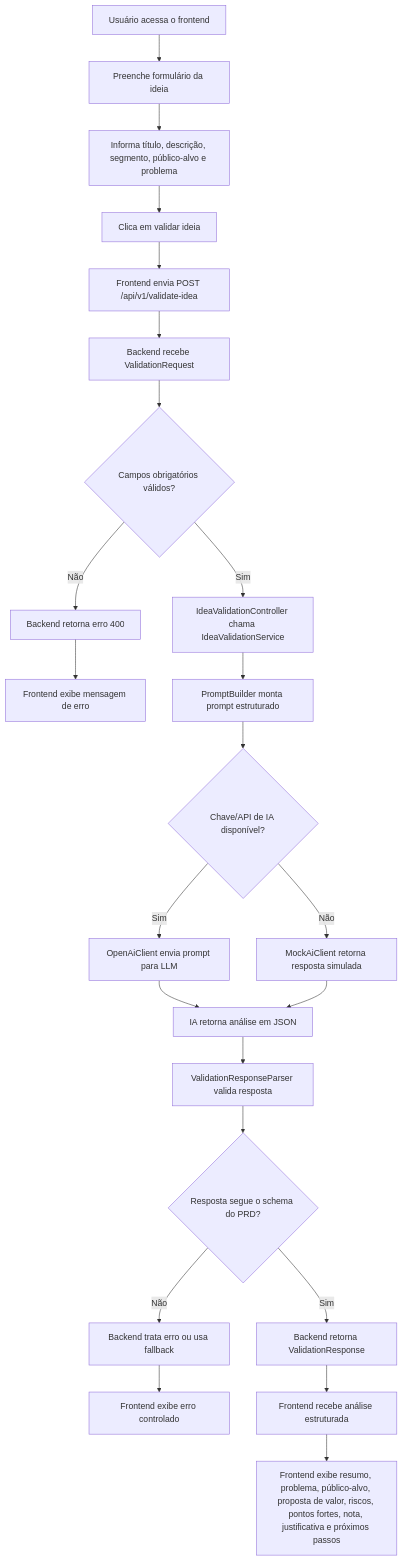
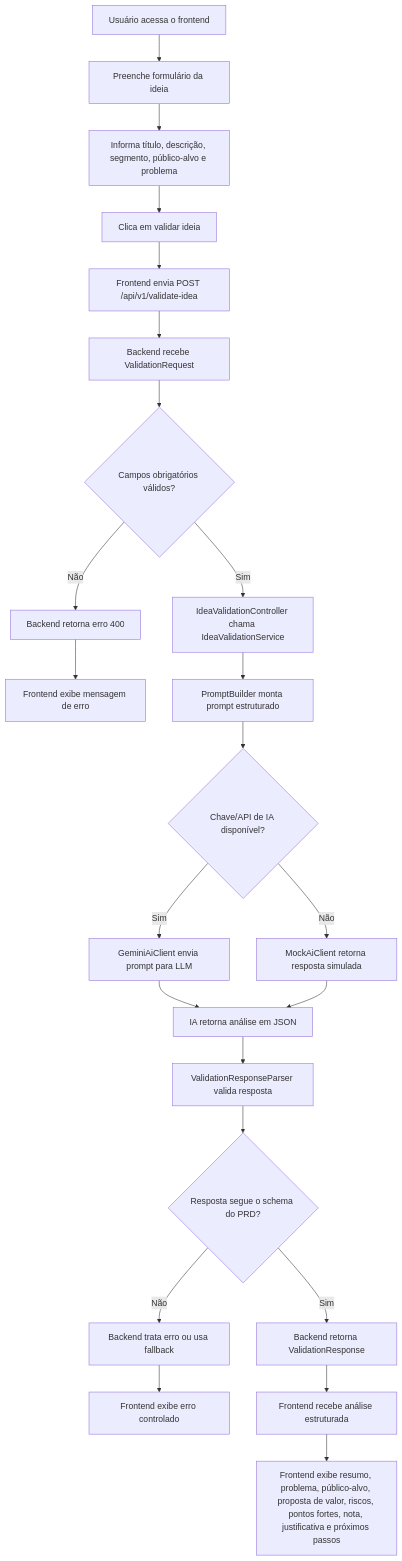
The first of 2 diagrams in docs/fluxograma.md (edenilson-java/ideacheck-ai), drawn with Mermaid before and after one commit. The commit also changed 4 other files, not shown here.

````diff
--- a/docs/fluxograma.md
+++ b/docs/fluxograma.md
@@ -11,36 +11,36 @@
 ```mermaid
 flowchart TD
     A[Usuário acessa o frontend] --> B[Preenche formulário da ideia]
     B --> C[Informa título, descrição, segmento, público-alvo e problema]
     C --> D[Clica em validar ideia]
 
     D --> E[Frontend envia POST /api/v1/validate-idea]
     E --> F[Backend recebe ValidationRequest]
 
     F --> G{Campos obrigatórios válidos?}
 
     G -- Não --> H[Backend retorna erro 400]
     H --> I[Frontend exibe mensagem de erro]
 
     G -- Sim --> J[IdeaValidationController chama IdeaValidationService]
 
     J --> K[PromptBuilder monta prompt estruturado]
     K --> L{Chave/API de IA disponível?}
 
-    L -- Sim --> M[OpenAiClient envia prompt para LLM]
+    L -- Sim --> M[GeminiAiClient envia prompt para LLM]
     L -- Não --> N[MockAiClient retorna resposta simulada]
 
     M --> O[IA retorna análise em JSON]
     N --> O
 
     O --> P[ValidationResponseParser valida resposta]
     P --> Q{Resposta segue o schema do PRD?}
 
     Q -- Não --> R[Backend trata erro ou usa fallback]
     R --> S[Frontend exibe erro controlado]
 
     Q -- Sim --> T[Backend retorna ValidationResponse]
     T --> U[Frontend recebe análise estruturada]
 
     U --> V[Frontend exibe resumo, problema, público-alvo, proposta de valor, riscos, pontos fortes, nota, justificativa e próximos passos]
 ```
````
